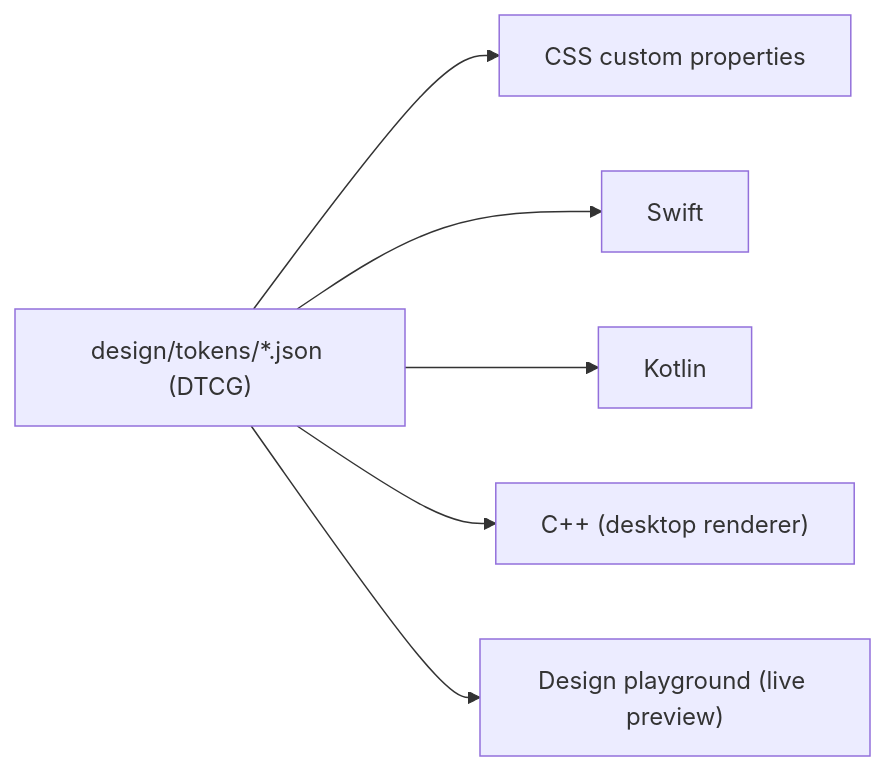
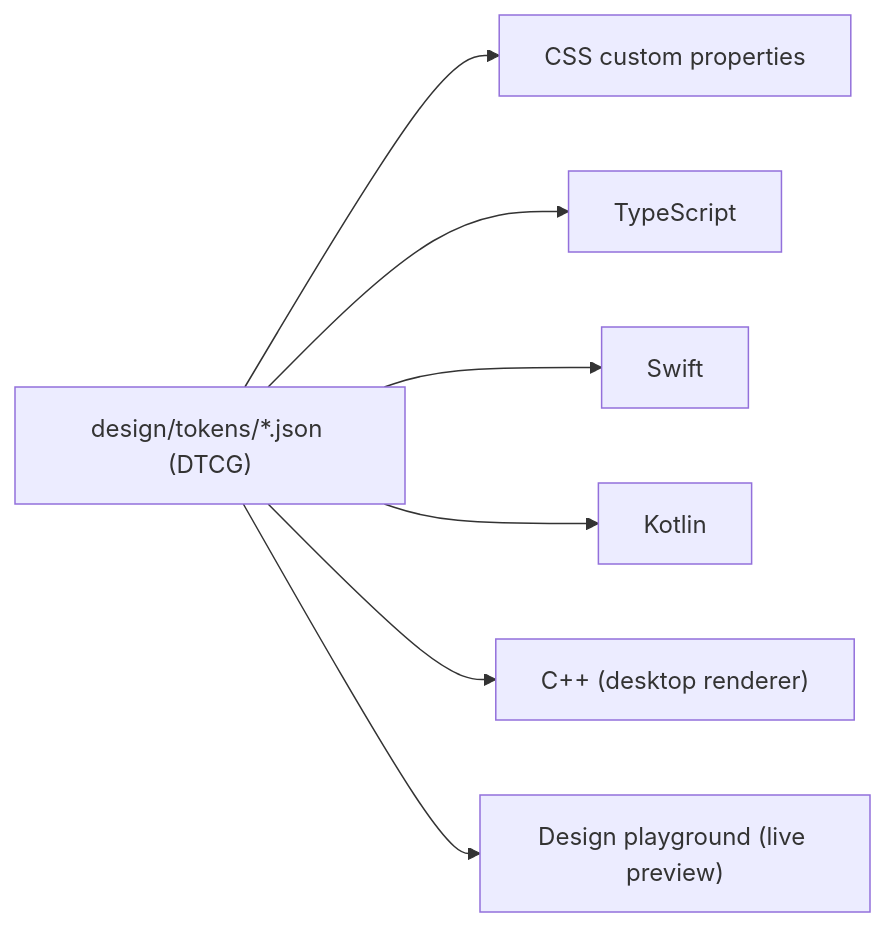
Before and after one commit to LuisAhumadaMartens/alumbra: the fifth of 5 diagrams in docs/architecture/overview.md, drawn with Mermaid. The commit also changed other lines of this file and 35 other files, not shown here.

First line of the commit message:
Generate CSS, TypeScript, Swift, Kotlin and C++ tokens

````diff
--- a/docs/architecture/overview.md
+++ b/docs/architecture/overview.md
@@ -157,8 +158,9 @@
 ```mermaid
 flowchart LR
   Tokens["design/tokens/*.json (DTCG)"] --> CSS["CSS custom properties"]
+  Tokens --> TS["TypeScript"]
   Tokens --> Swift["Swift"]
   Tokens --> Kotlin["Kotlin"]
   Tokens --> Cxx["C++ (desktop renderer)"]
   Tokens --> PG["Design playground (live preview)"]
 ```
````
